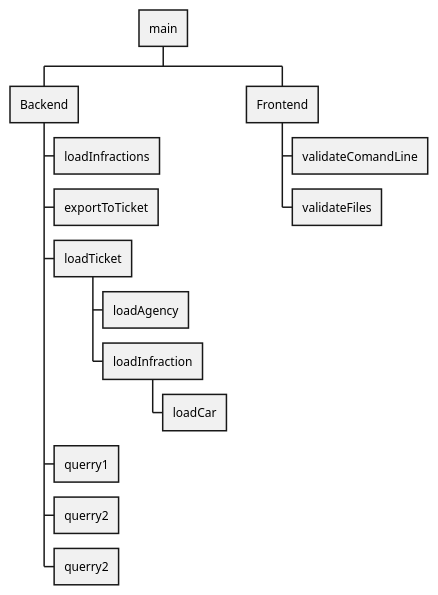
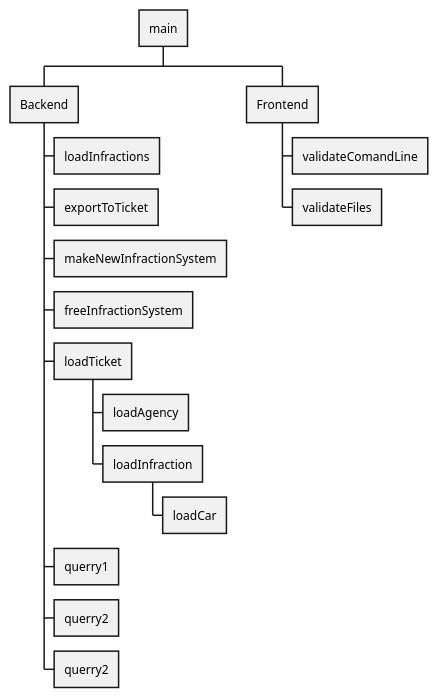
One commit to AugustoOspal/Proyecto_Final_PI changed the diagram in structure_functions.puml. Above: the diagram before and after it, drawn with PlantUML. The commit also changed 3 other files, not shown here.

```diff
--- a/structure_functions.puml
+++ b/structure_functions.puml
@@ -1,20 +1,22 @@
 @startwbs
 
 * main
 
 ** Backend
 *** loadInfractions
 *** exportToTicket
+*** makeNewInfractionSystem
+*** freeInfractionSystem
 *** loadTicket
 **** loadAgency
 **** loadInfraction
 ***** loadCar
 *** querry1
 *** querry2
 *** querry2
 
 ** Frontend
 *** validateComandLine
 *** validateFiles
 
 @endwbs
```
